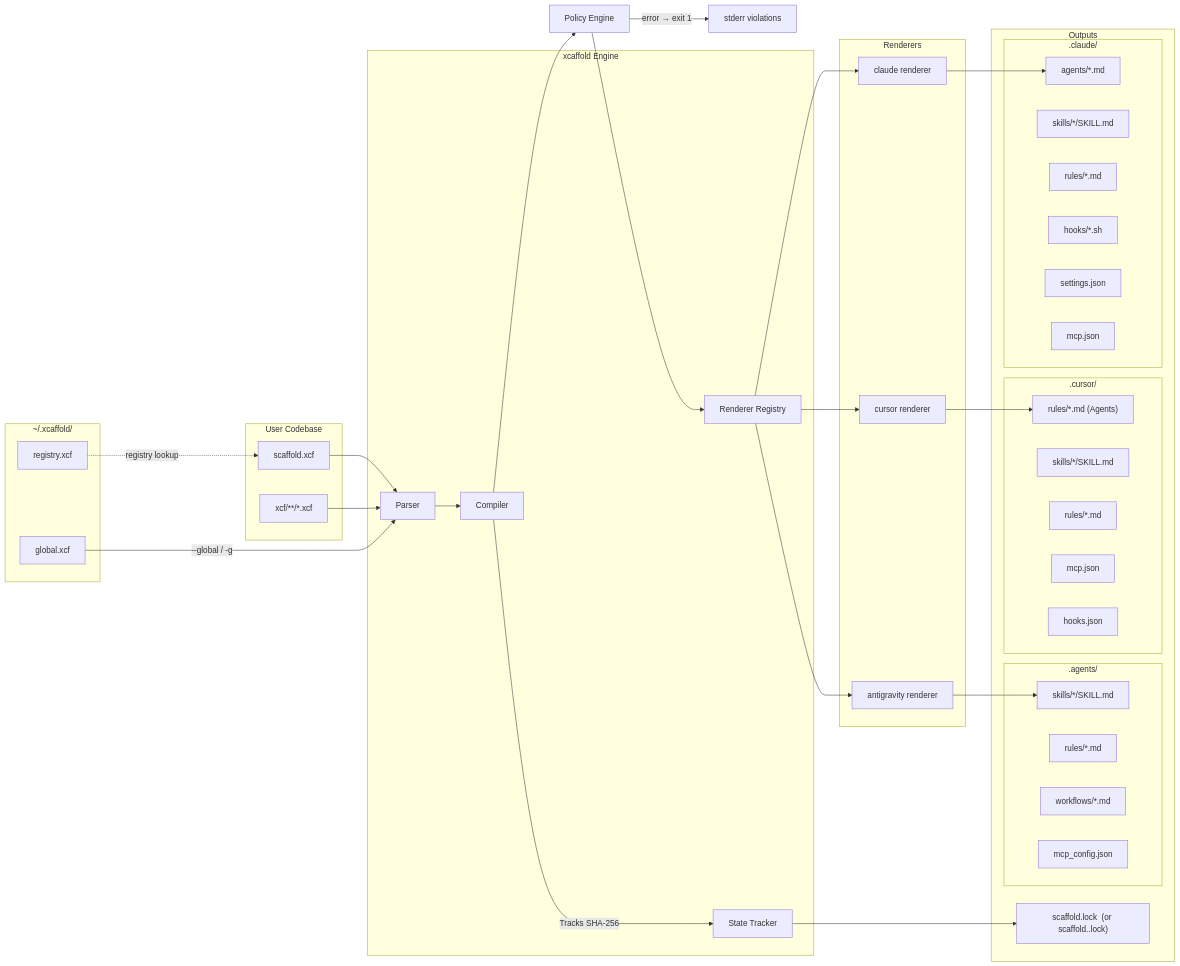
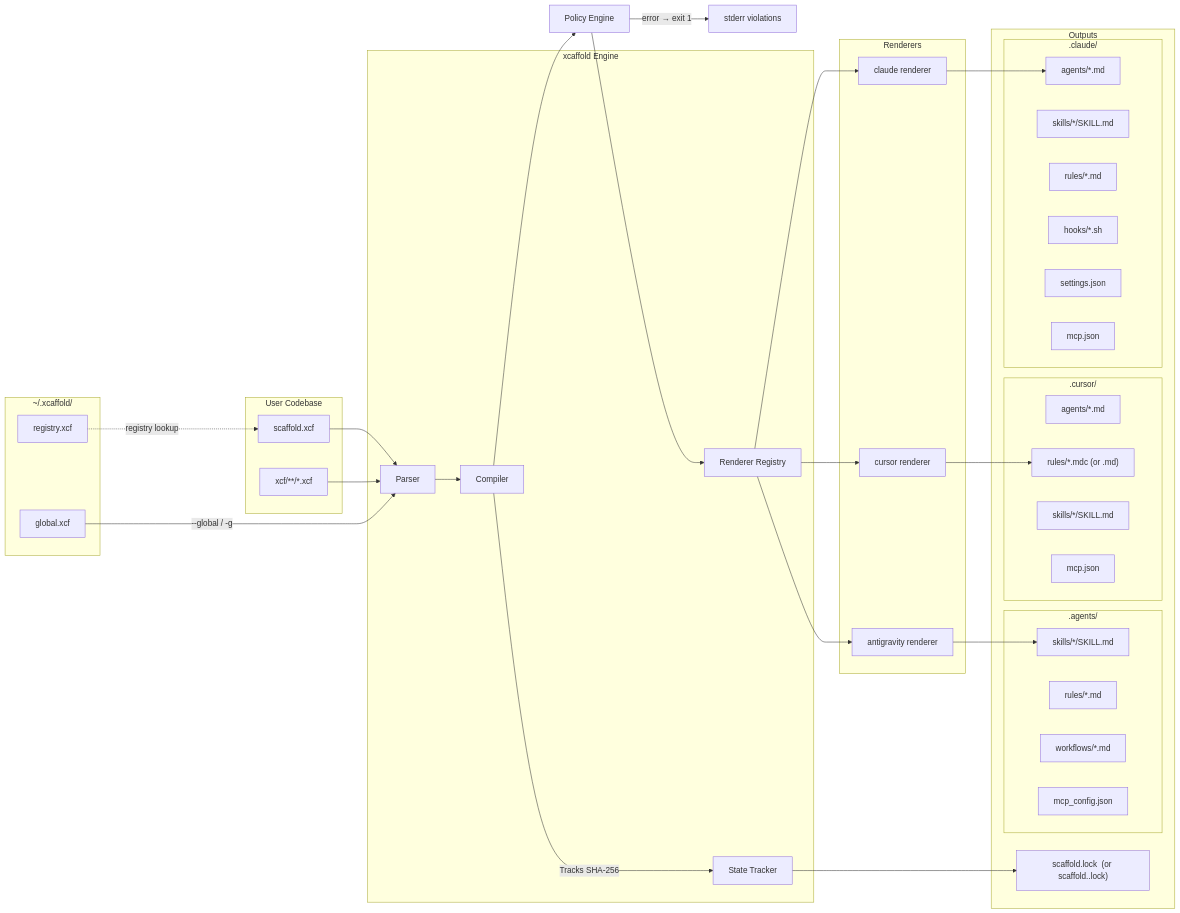
Before and after one commit to saero-ai/xcaffold: the diagram in docs/concepts/architecture.md, drawn with Mermaid. The commit also changed other lines of this file and 62 other files, not shown here.

````diff
--- a/docs/concepts/architecture.md
+++ b/docs/concepts/architecture.md
@@ -14,67 +14,66 @@
 ```mermaid
 graph LR
   subgraph Global Home ["~/.xcaffold/"]
     R[registry.xcf]
     GC[global.xcf]
   end
 
   subgraph User Codebase
     A[scaffold.xcf]
     XCF["xcf/**/*.xcf"]
   end
 
   subgraph xcaffold Engine
     B[Parser]
     C[Compiler]
     D[State Tracker]
     RG[Renderer Registry]
   end
 
   subgraph Renderers
     RC[claude renderer]
     RCU[cursor renderer]
     RA[antigravity renderer]
   end
 
   subgraph Outputs
     F["scaffold.lock  (or scaffold.<target>.lock)"]
     
     subgraph .claude/
       C1["agents/*.md"]
       C2["skills/*/SKILL.md"]
       C3["rules/*.md"]
       C4["hooks/*.sh"]
       C5["settings.json"]
       C6["mcp.json"]
     end
     
     subgraph .cursor/
-      CU1["rules/*.md (Agents)"]
+      CU0["agents/*.md"]
+      CU1["rules/*.mdc (or .md)"]
       CU2["skills/*/SKILL.md"]
-      CU3["rules/*.md"]
       CU4["mcp.json"]
-      CU5["hooks.json"]
     end
     
     subgraph .agents/
       A1["skills/*/SKILL.md"]
       A2["rules/*.md"]
       A3["workflows/*.md"]
       A4["mcp_config.json"]
     end
   end
 
   R -..->|registry lookup| A
   GC -->|"--global / -g"| B
   A --> B
   XCF --> B
   B --> C
   C --> PE[Policy Engine]
   PE --> RG
   PE -->|"error → exit 1"| FAIL["stderr violations"]
   RG --> RC --> C1
   RG --> RCU --> CU1
   RG --> RA --> A1
   C -->|Tracks SHA-256| D
   D --> F
 ```
````
